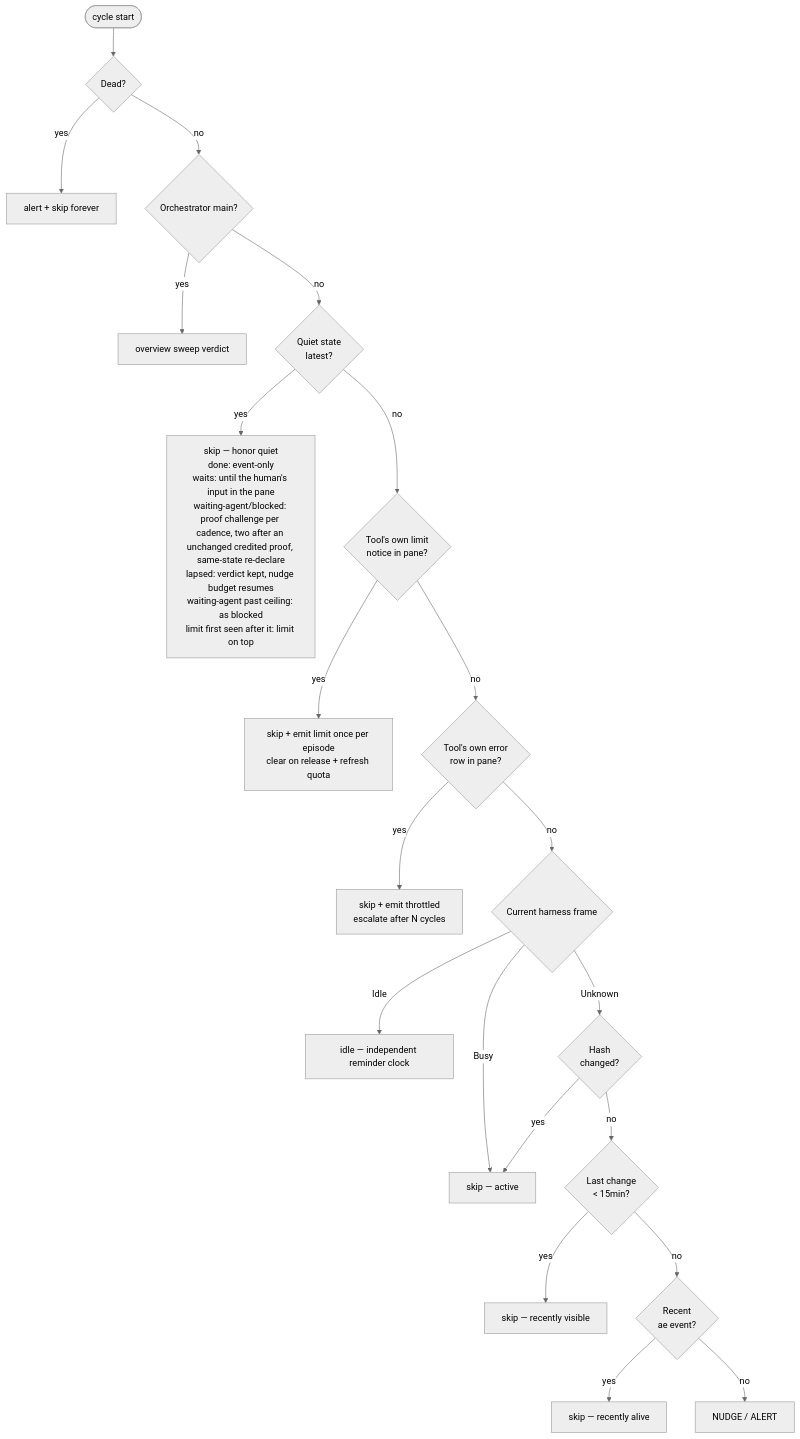
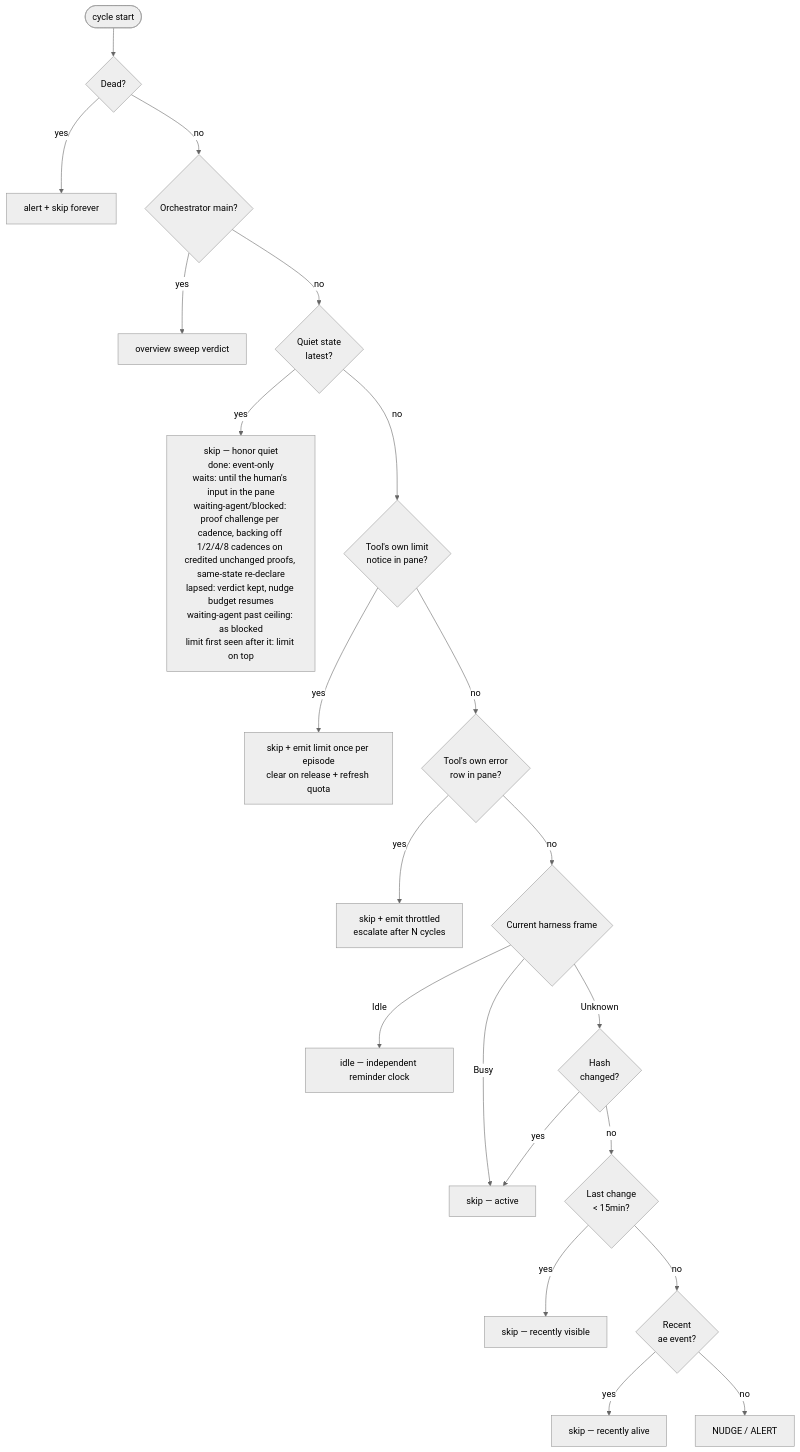
One commit to clemens33/ae changed the first of 2 diagrams in docs/internals/watchdog.md. Above: the diagram before and after it, drawn with Mermaid (neutral theme). The commit also changed other lines of this file and 16 other files, not shown here.

````diff
--- a/docs/internals/watchdog.md
+++ b/docs/internals/watchdog.md
@@ -320,23 +320,23 @@
 ```mermaid
 flowchart TD
     Start([cycle start]) --> Dead{Dead?}
     Dead -- yes --> AlertDead[alert + skip forever]
     Dead -- no --> Meta{Orchestrator main?}
     Meta -- yes --> Sweep[overview sweep verdict]
     Meta -- no --> Done{Quiet state<br/>latest?}
-    Done -- yes --> SkipDone[skip — honor quiet<br/>done: event-only<br/>waits: until the human's input in the pane<br/>waiting-agent/blocked: proof challenge per cadence, two after an unchanged credited proof, same-state re-declare<br/>lapsed: verdict kept, nudge budget resumes<br/>waiting-agent past ceiling: as blocked<br/>limit first seen after it: limit on top]
+    Done -- yes --> SkipDone[skip — honor quiet<br/>done: event-only<br/>waits: until the human's input in the pane<br/>waiting-agent/blocked: proof challenge per cadence, backing off 1/2/4/8 cadences on credited unchanged proofs, same-state re-declare<br/>lapsed: verdict kept, nudge budget resumes<br/>waiting-agent past ceiling: as blocked<br/>limit first seen after it: limit on top]
     Done -- no --> Limit{Tool's own limit<br/>notice in pane?}
     Limit -- yes --> SkipLimit[skip + emit limit once per episode<br/>clear on release + refresh quota]
     Limit -- no --> Throttled{Tool's own error<br/>row in pane?}
     Throttled -- yes --> SkipThrottle[skip + emit throttled<br/>escalate after N cycles]
     Throttled -- no --> Frame{Current harness frame}
     Frame -- Busy --> MarkActive[working — clear stale alert]
     Frame -- Idle --> MarkIdle[idle — independent reminder clock]
     Frame -- Unknown --> Active{Hash<br/>changed?}
     Active -- yes --> MarkActive[skip — active]
     Active -- no --> RecentVis{Last change<br/>&lt; 15min?}
     RecentVis -- yes --> SkipVis[skip — recently visible]
     RecentVis -- no --> RecentAlive{Recent<br/>ae event?}
     RecentAlive -- yes --> SkipAlive[skip — recently alive]
     RecentAlive -- no --> Stale[NUDGE / ALERT]
 ```
````
